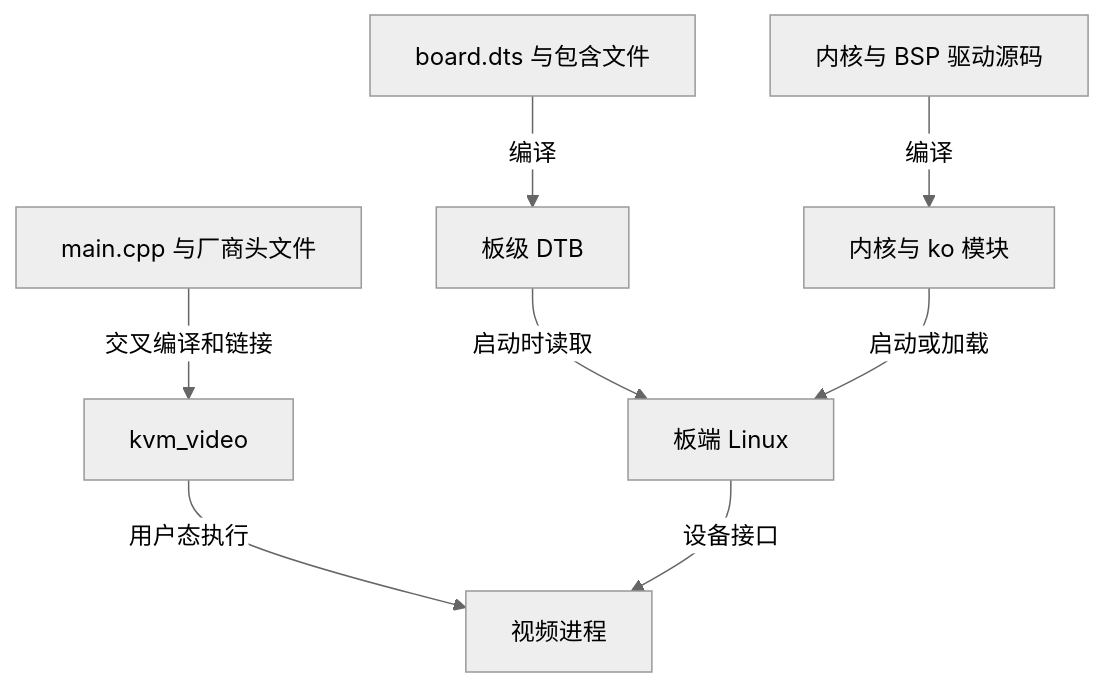
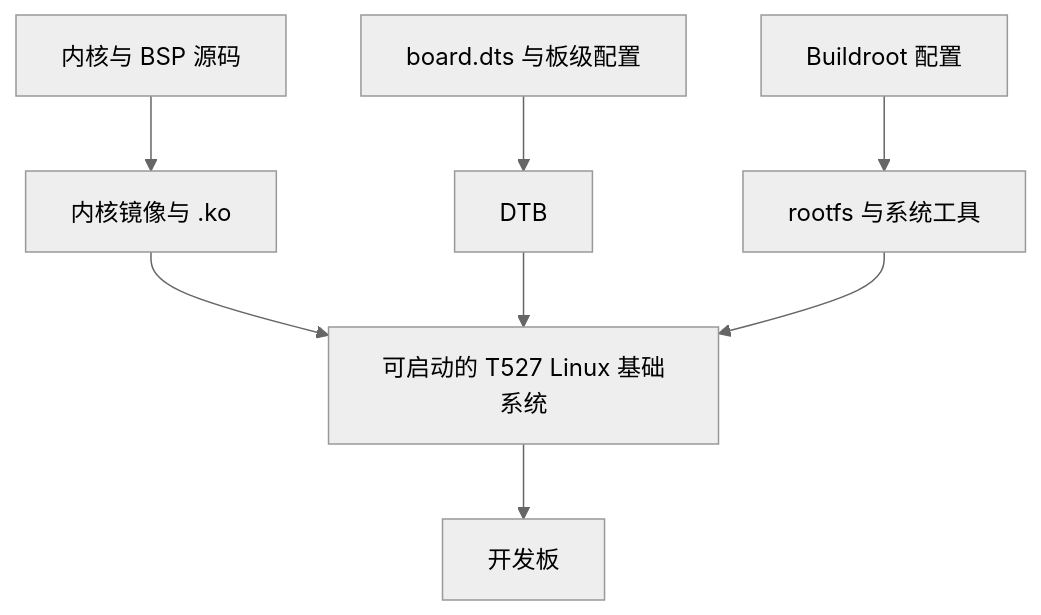
The diagram in docs/course/drivers/sdk-build.md (dshanpi/solution-docs), drawn with Mermaid before and after one commit. The commit also changed other lines of this file and 91 other files, not shown here.

````diff
--- a/docs/course/drivers/sdk-build.md
+++ b/docs/course/drivers/sdk-build.md
@@ -14,11 +21,11 @@
 ```mermaid
 %%{init: {'theme': 'neutral'}}%%
 flowchart TB
-  D[board.dts 与包含文件] -->|编译| T[板级 DTB]
-  C[内核与 BSP 驱动源码] -->|编译| K[内核与 ko 模块]
-  A[main.cpp 与厂商头文件] -->|交叉编译和链接| V[kvm_video]
-  T -->|启动时读取| L[板端 Linux]
-  K -->|启动或加载| L
-  V -->|用户态执行| P[视频进程]
-  L -->|设备接口| P
+  K[内核与 BSP 源码] --> I[内核镜像与 .ko]
+  D[board.dts 与板级配置] --> T[DTB]
+  R[Buildroot 配置] --> F[rootfs 与系统工具]
+  I --> L[可启动的 T527 Linux 基础系统]
+  T --> L
+  F --> L
+  L --> B[开发板]
 ```
````
